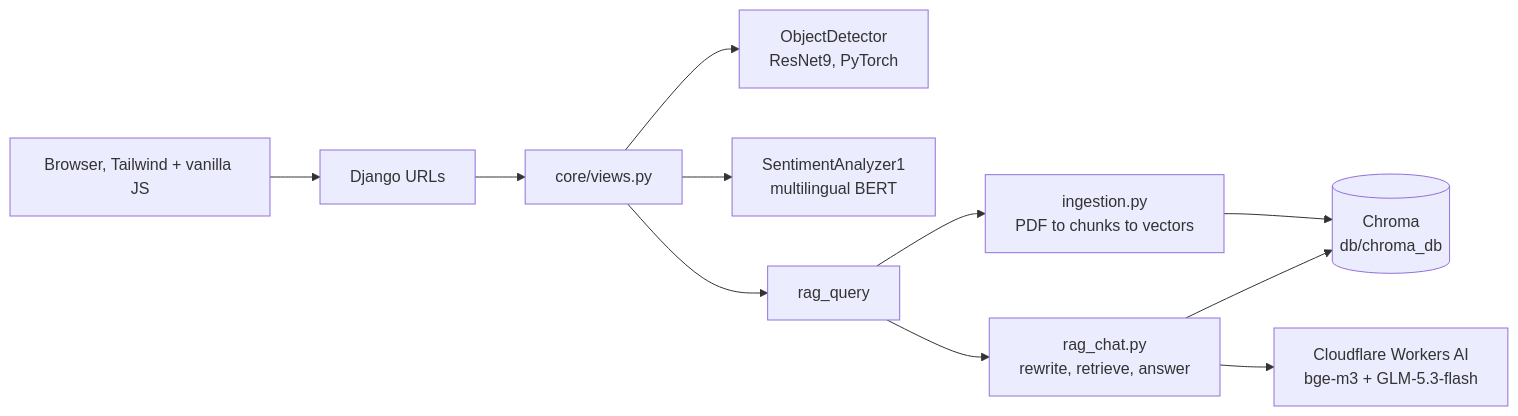
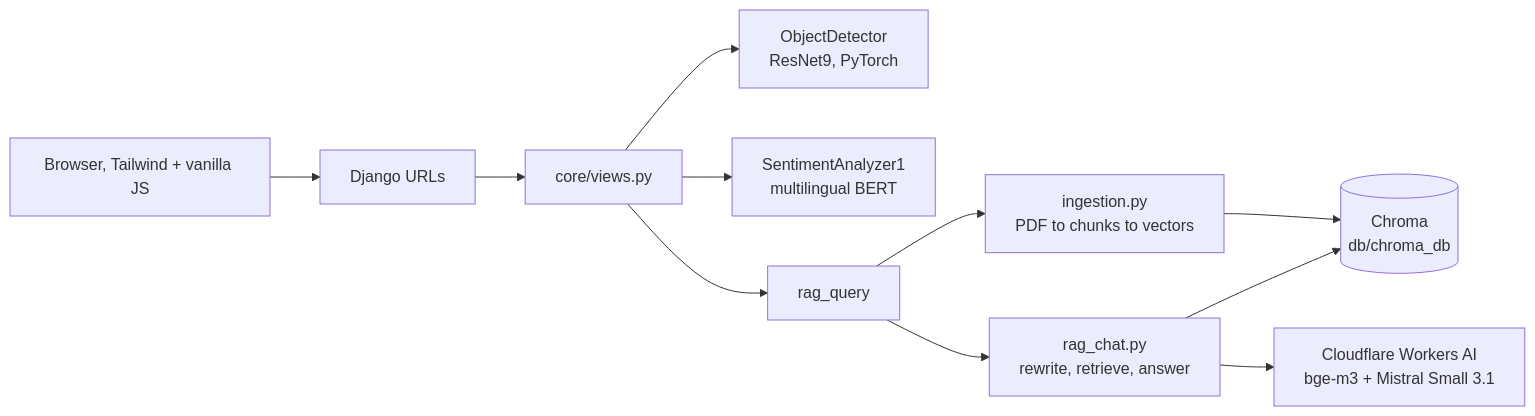
Before and after one commit to hakimLyon/E-VIE-chatbot: the diagram in README.md, drawn with Mermaid. The commit also changed other lines of this file and 2 other files, not shown here.

Commit message:
Revert answer model to Mistral Small 3.1

````diff
--- a/README.md
+++ b/README.md
@@ -20,13 +20,13 @@
 ```mermaid
 flowchart LR
     B[Browser, Tailwind + vanilla JS] --> U[Django URLs]
     U --> V[core/views.py]
     V --> D[ObjectDetector<br/>ResNet9, PyTorch]
     V --> S[SentimentAnalyzer1<br/>multilingual BERT]
     V --> R[rag_query]
     R --> I[ingestion.py<br/>PDF to chunks to vectors]
     R --> Q[rag_chat.py<br/>rewrite, retrieve, answer]
     I --> C[(Chroma<br/>db/chroma_db)]
     Q --> C
-    Q --> O[Cloudflare Workers AI<br/>bge-m3 + GLM-5.3-flash]
+    Q --> O[Cloudflare Workers AI<br/>bge-m3 + Mistral Small 3.1]
 ```
````
